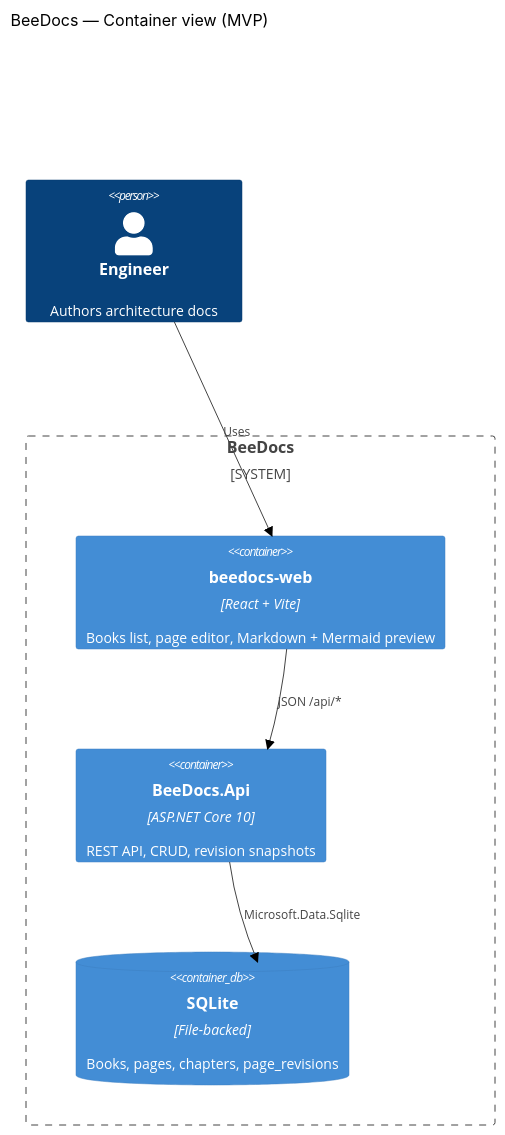
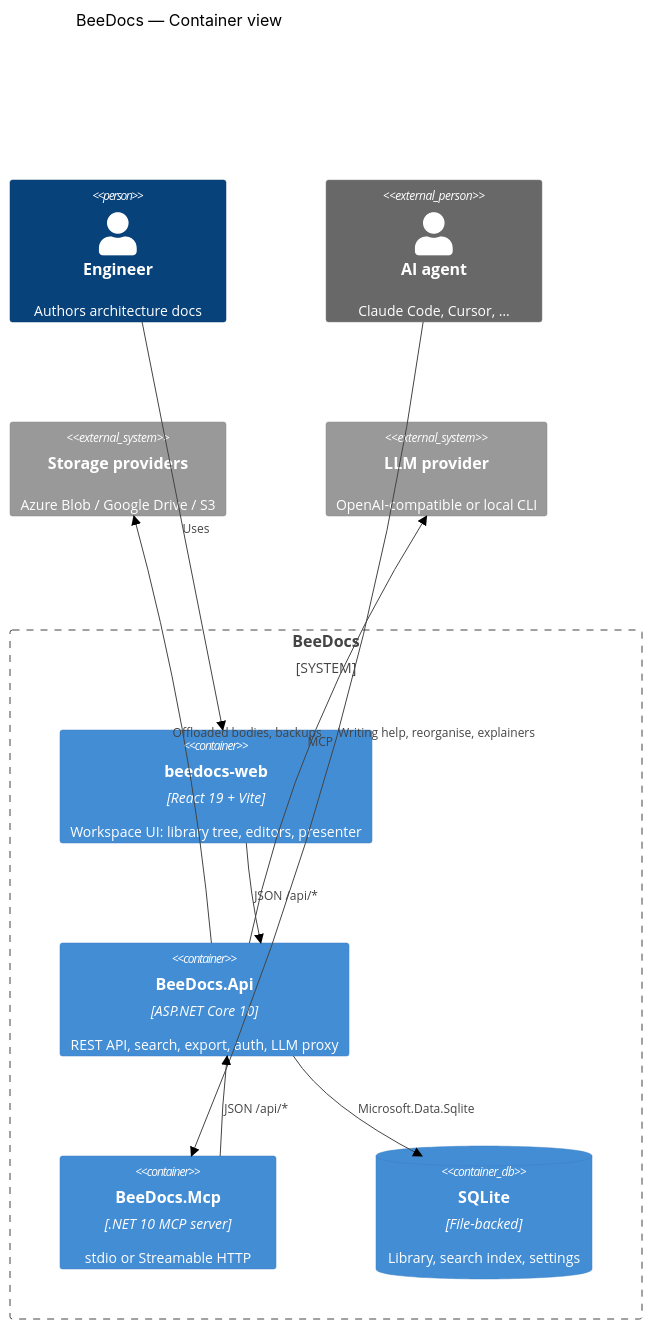
One commit to bartbeecoders/beedocs changed the diagram in README.md. Above: the diagram before and after it, drawn with Mermaid (forest theme). The commit also changed other lines of this file and 3 other files, not shown here.

````diff
--- a/README.md
+++ b/README.md
@@ -9,16 +64,25 @@
 ```mermaid
 C4Container
-    title BeeDocs — Container view (MVP)
+    title BeeDocs — Container view
 
     Person(writer, "Engineer", "Authors architecture docs")
+    Person_Ext(agent, "AI agent", "Claude Code, Cursor, …")
 
     System_Boundary(beedocs, "BeeDocs") {
-        Container(web, "beedocs-web", "React + Vite", "Books list, page editor, Markdown + Mermaid preview")
-        Container(api, "BeeDocs.Api", "ASP.NET Core 10", "REST API, CRUD, revision snapshots")
-        ContainerDb(db, "SQLite", "File-backed", "Books, pages, chapters, page_revisions")
+        Container(web, "beedocs-web", "React 19 + Vite", "Workspace UI: library tree, editors, presenter")
+        Container(api, "BeeDocs.Api", "ASP.NET Core 10", "REST API, search, export, auth, LLM proxy")
+        Container(mcp, "BeeDocs.Mcp", ".NET 10 MCP server", "stdio or Streamable HTTP")
+        ContainerDb(db, "SQLite", "File-backed", "Library, search index, settings")
     }
 
+    System_Ext(cloud, "Storage providers", "Azure Blob / Google Drive / S3")
+    System_Ext(llm, "LLM provider", "OpenAI-compatible or local CLI")
+
     Rel(writer, web, "Uses")
+    Rel(agent, mcp, "MCP")
     Rel(web, api, "JSON /api/*")
+    Rel(mcp, api, "JSON /api/*")
     Rel(api, db, "Microsoft.Data.Sqlite")
+    Rel(api, cloud, "Offloaded bodies, backups")
+    Rel(api, llm, "Writing help, reorganise, explainers")
 ```
````
